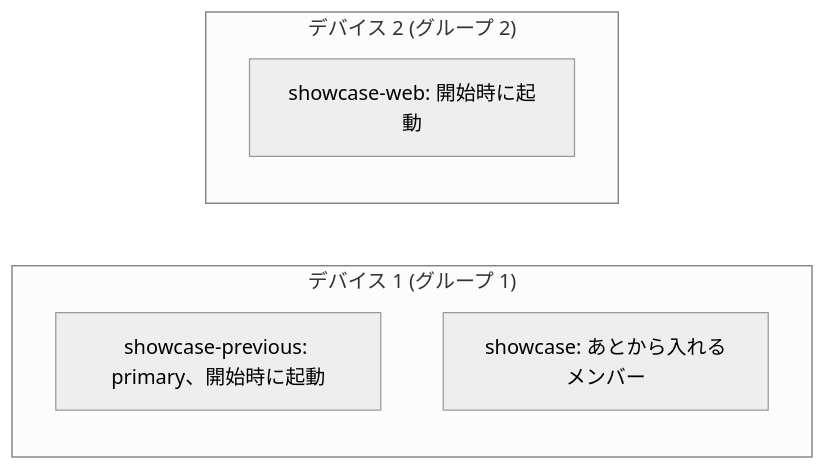
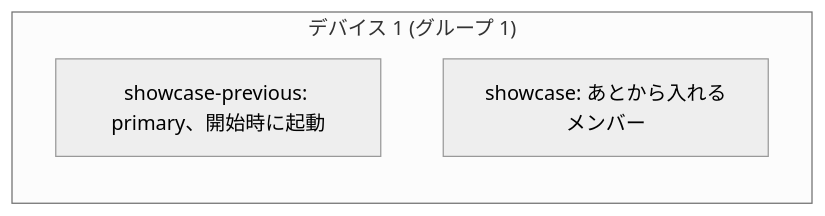
The second of 4 diagrams in roadmaps/BE-XXXX-install-app-step/BE-XXXX-install-app-step-ja.md (bajutsu-e2e/bajutsu), drawn with Mermaid (neutral theme) before and after one commit. The commit also changed other lines of this file and 1 other file, not shown here.

Commit message:
docs(roadmap): apply the sixth cold review to the install-app-step proposal

````diff
--- a/roadmaps/BE-XXXX-install-app-step/BE-XXXX-install-app-step-ja.md
+++ b/roadmaps/BE-XXXX-install-app-step/BE-XXXX-install-app-step-ja.md
@@ -167,10 +167,7 @@
 ```mermaid
 flowchart LR
   subgraph D1["デバイス 1 (グループ 1)"]
     A["showcase-previous: primary、開始時に起動"]
     B["showcase: あとから入れるメンバー"]
   end
-  subgraph D2["デバイス 2 (グループ 2)"]
-    C["showcase-web: 開始時に起動"]
-  end
 ```
````
